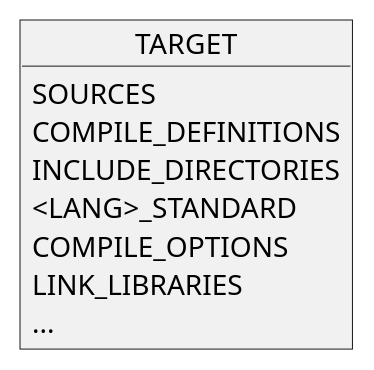
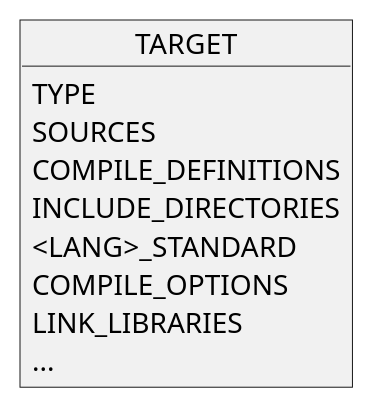
Before and after one commit to mredenti/ModernCMake: the first of 2 diagrams in slides/episodes/targets.md, drawn with PlantUML. The commit also changed other lines of this file and 2 other files, not shown here.

````diff
--- a/slides/episodes/targets.md
+++ b/slides/episodes/targets.md
@@ -196,11 +54,12 @@
 ```plantuml
 object TARGET{
+    TYPE
     SOURCES
     COMPILE_DEFINITIONS
     INCLUDE_DIRECTORIES
     <LANG>_STANDARD
     COMPILE_OPTIONS
     LINK_LIBRARIES
     ...
 }
 ```
````
